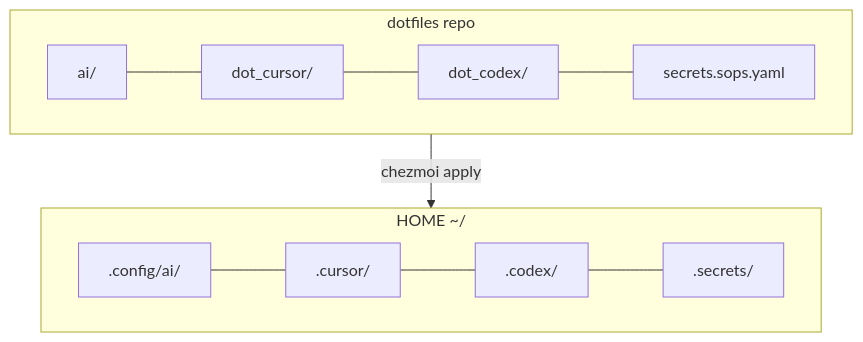
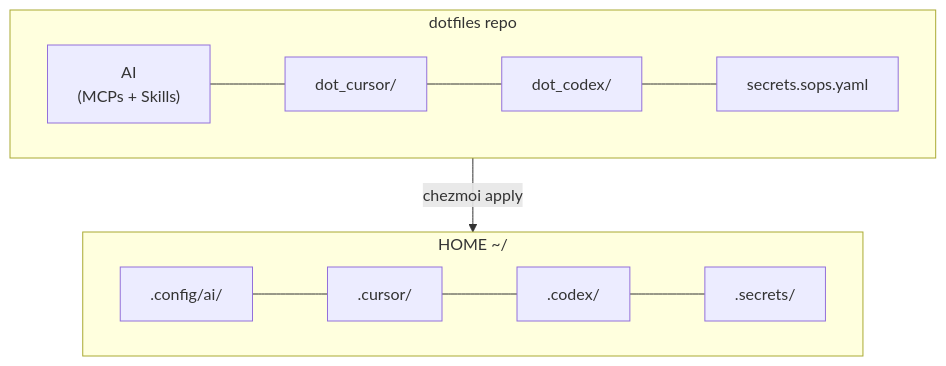
Before and after one commit to jesuserro/dotfiles: the diagram in README.md, drawn with Mermaid.

Commit message:
docs(readme): enhance flowchart labeling in README.md for better understanding
- Updated the flowchart in README.md to include a clearer label for the AI component, improving the overall clarity of the project's architecture.

````diff
--- a/README.md
+++ b/README.md
@@ -17,14 +17,14 @@
 ```mermaid
 flowchart TB
     subgraph repo [dotfiles repo]
         direction LR
-        ai[ai/] --- cursor[dot_cursor/] --- codex[dot_codex/] --- secrets[secrets.sops.yaml]
+        ai["AI<br/>(MCPs + Skills)"] --- cursor[dot_cursor/] --- codex[dot_codex/] --- secrets[secrets.sops.yaml]
     end
 
     subgraph home [HOME ~/]
         direction LR
         config_ai[.config/ai/] --- dot_cursor[.cursor/] --- dot_codex[.codex/] --- dot_secrets[.secrets/]
     end
 
     repo -->|chezmoi apply| home
 ```
````
